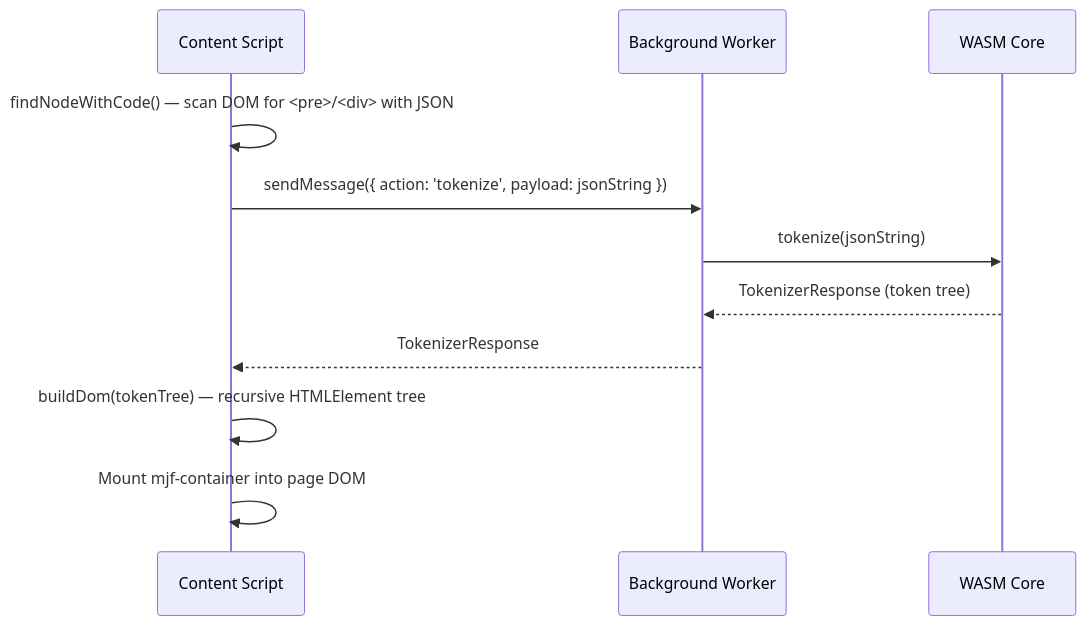
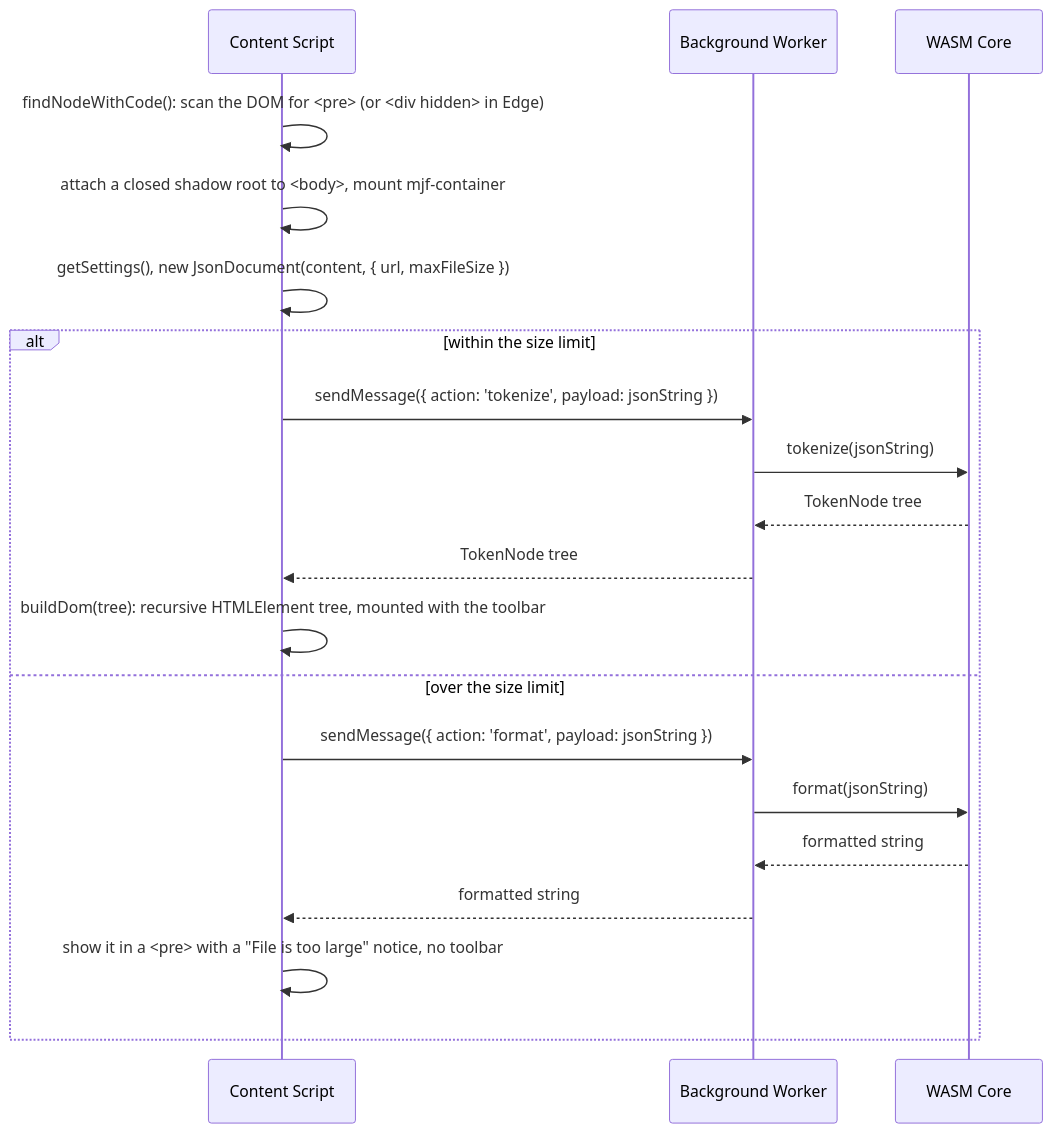
The second of 4 diagrams in CONTRIBUTING.md (evg4b/modern-json-formatter), drawn with Mermaid before and after one commit. The commit also changed other lines of this file and 20 other files, not shown here.

````diff
--- a/CONTRIBUTING.md
+++ b/CONTRIBUTING.md
@@ -147,13 +151,22 @@
 ```mermaid
 sequenceDiagram
   participant CS as Content Script
   participant BG as Background Worker
   participant Wasm as WASM Core
-  CS ->> CS: findNodeWithCode() — scan DOM for <pre>/<div> with JSON
-  CS ->> BG: sendMessage({ action: 'tokenize', payload: jsonString })
-  BG ->> Wasm: tokenize(jsonString)
-  Wasm -->> BG: TokenizerResponse (token tree)
-  BG -->> CS: TokenizerResponse
-  CS ->> CS: buildDom(tokenTree) — recursive HTMLElement tree
-  CS ->> CS: Mount mjf-container into page DOM
+  CS ->> CS: findNodeWithCode(): scan the DOM for <pre> (or <div hidden> in Edge)
+  CS ->> CS: attach a closed shadow root to <body>, mount mjf-container
+  CS ->> CS: getSettings(), new JsonDocument(content, { url, maxFileSize })
+  alt within the size limit
+    CS ->> BG: sendMessage({ action: 'tokenize', payload: jsonString })
+    BG ->> Wasm: tokenize(jsonString)
+    Wasm -->> BG: TokenNode tree
+    BG -->> CS: TokenNode tree
+    CS ->> CS: buildDom(tree): recursive HTMLElement tree, mounted with the toolbar
+  else over the size limit
+    CS ->> BG: sendMessage({ action: 'format', payload: jsonString })
+    BG ->> Wasm: format(jsonString)
+    Wasm -->> BG: formatted string
+    BG -->> CS: formatted string
+    CS ->> CS: show it in a <pre> with a "File is too large" notice, no toolbar
+  end
 ```
````
